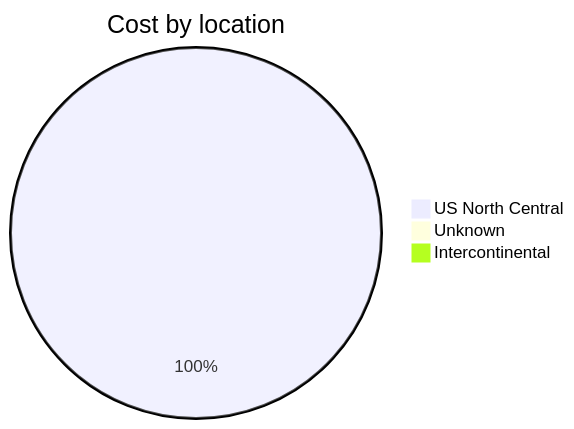
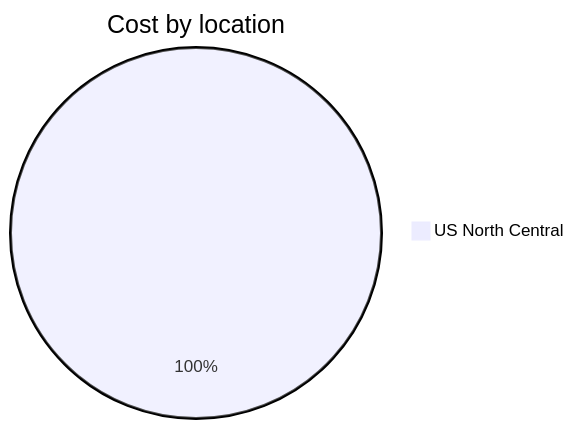
The third of 4 diagrams in cost-reports/personal-network/README.md (jpfulton/azure-personal-reports), drawn with Mermaid before and after one commit. The commit also changed other lines of this file and 9 other files, not shown here.

````diff
--- a/cost-reports/personal-network/README.md
+++ b/cost-reports/personal-network/README.md
@@ -119,7 +107,5 @@
 ```mermaid
 pie
    title Cost by location
-   "US North Central" : 235.80
-   "Unknown" : 0.47
-   "Intercontinental" : 0.00
+   "US North Central" : 0.09
 ```
````
